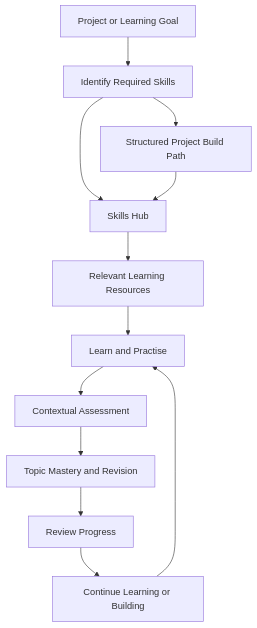
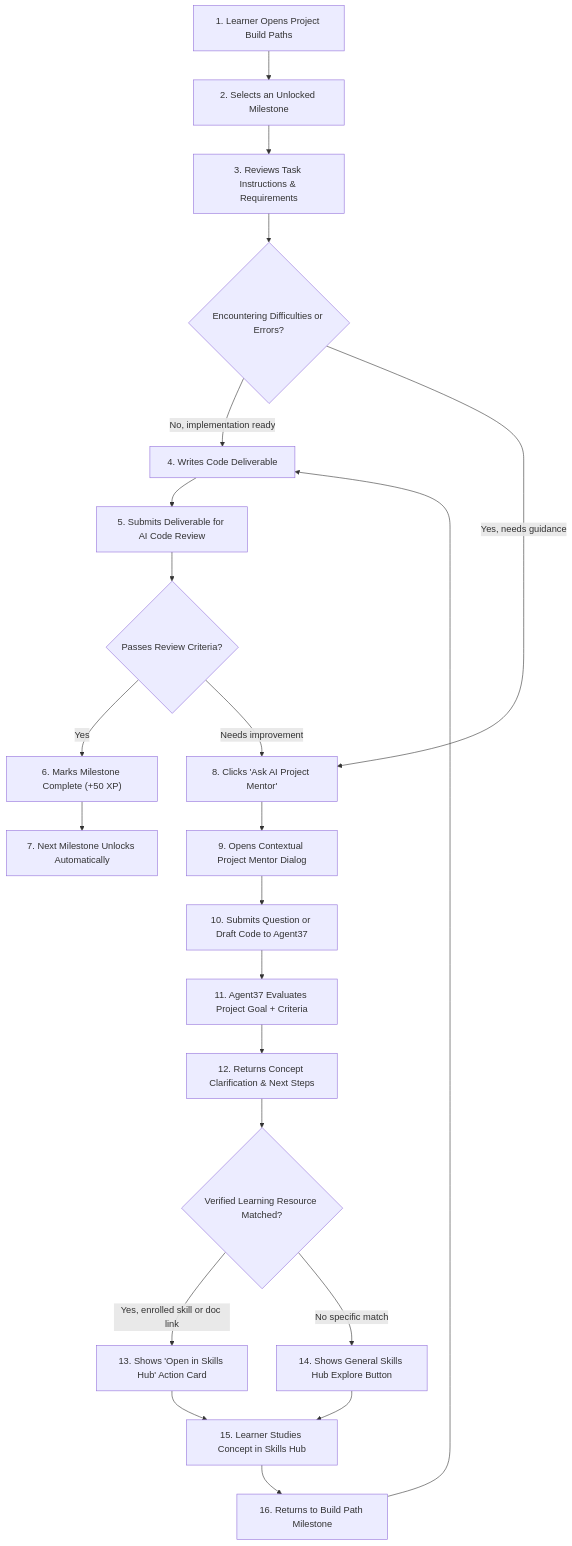
One commit to KartikeyG-world/EduVerse-Hackyard changed the second of 2 diagrams in README.md. Above: the diagram before and after it, drawn with Mermaid. The commit also changed other lines of this file and 3 other files, not shown here.

````diff
--- a/README.md
+++ b/README.md
@@ -98,25 +240,30 @@
 ```mermaid
 flowchart TD
-    A["Project or Learning Goal"]
-    B["Identify Required Skills"]
-    C["Structured Project Build Path"]
-    D["Skills Hub"]
-    E["Relevant Learning Resources"]
-    F["Learn and Practise"]
-    G["Contextual Assessment"]
-    H["Topic Mastery and Revision"]
-    I["Review Progress"]
-    J["Continue Learning or Building"]
+    A["1. Learner Opens Project Build Paths"] --> B["2. Selects an Unlocked Milestone"]
+    B --> C["3. Reviews Task Instructions & Requirements"]
+    C --> D{"Encountering Difficulties or Errors?"}
 
-    A --> B
-    B --> C
-    B --> D
-    C --> D
-    D --> E
-    E --> F
-    F --> G
-    G --> H
-    H --> I
-    I --> J
-    J --> F
+    D -- "No, implementation ready" --> E["4. Writes Code Deliverable"]
+    E --> F["5. Submits Deliverable for AI Code Review"]
+    F --> G{"Passes Review Criteria?"}
+
+    G -- "Yes" --> H["6. Marks Milestone Complete (+50 XP)"]
+    H --> I["7. Next Milestone Unlocks Automatically"]
+
+    D -- "Yes, needs guidance" --> J["8. Clicks 'Ask AI Project Mentor'"]
+    G -- "Needs improvement" --> J
+
+    J --> K["9. Opens Contextual Project Mentor Dialog"]
+    K --> L["10. Submits Question or Draft Code to Agent37"]
+    L --> M["11. Agent37 Evaluates Project Goal + Criteria"]
+    M --> N["12. Returns Concept Clarification & Next Steps"]
+    N --> O{"Verified Learning Resource Matched?"}
+
+    O -- "Yes, enrolled skill or doc link" --> P["13. Shows 'Open in Skills Hub' Action Card"]
+    O -- "No specific match" --> Q["14. Shows General Skills Hub Explore Button"]
+
+    P --> R["15. Learner Studies Concept in Skills Hub"]
+    Q --> R
+    R --> S["16. Returns to Build Path Milestone"]
+    S --> E
 ```
````
